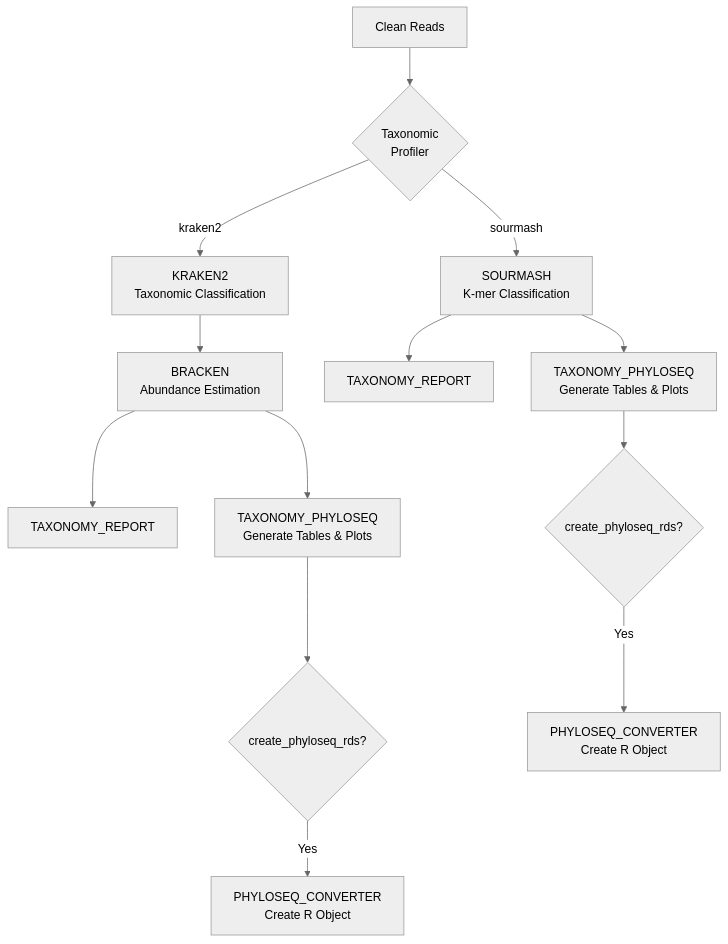
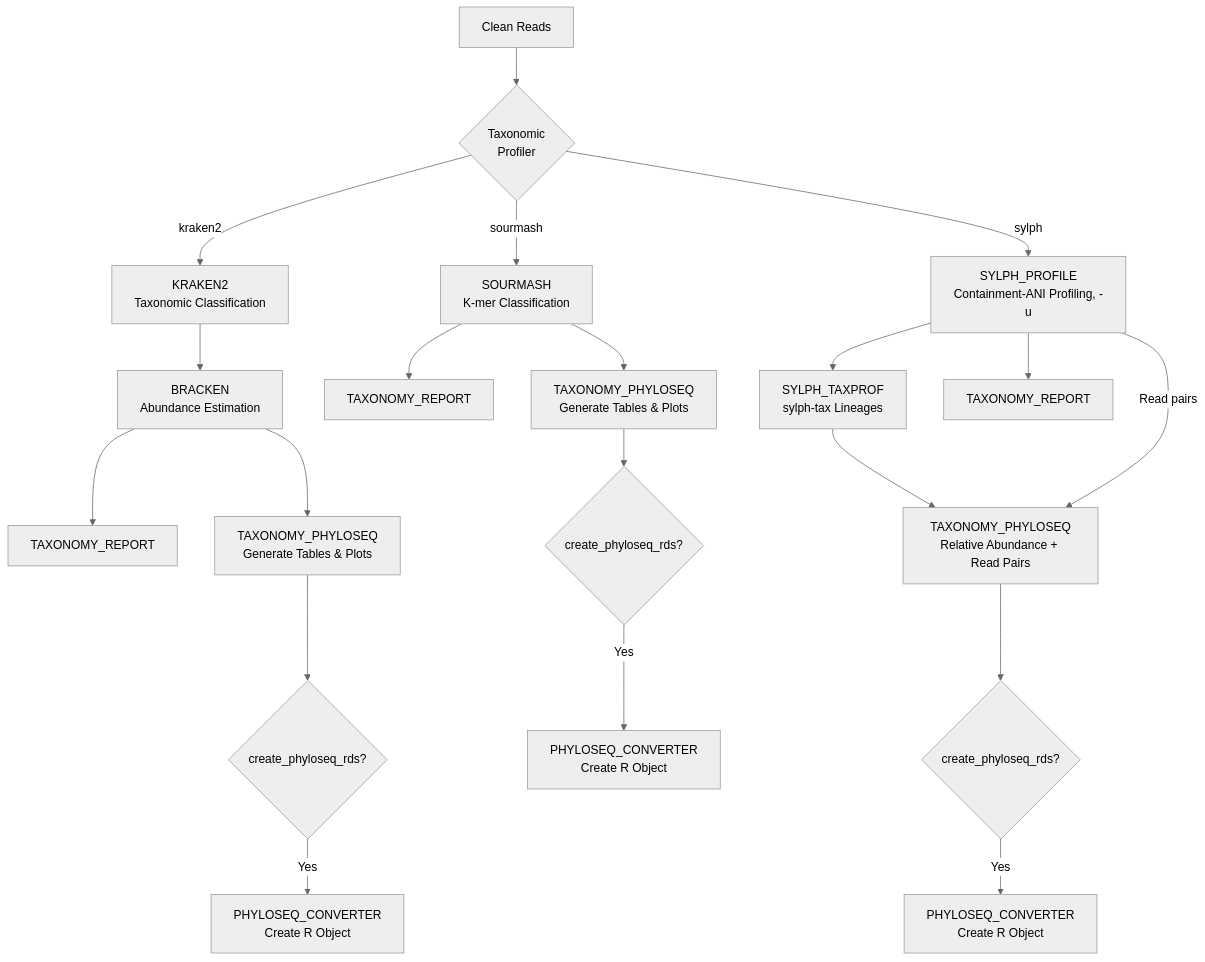
Before and after one commit to gene2dis/BugBuster: the fifth of 8 diagrams in docs/WORKFLOW_DIAGRAM.md, drawn with Mermaid (neutral theme). The commit also changed other lines of this file and 46 other files, not shown here.

````diff
--- a/docs/WORKFLOW_DIAGRAM.md
+++ b/docs/WORKFLOW_DIAGRAM.md
@@ -169,17 +172,25 @@
 ```mermaid
 flowchart TD
     Reads[Clean Reads] --> Profiler{Taxonomic<br/>Profiler}
     
     Profiler -->|kraken2| Kraken2[KRAKEN2<br/>Taxonomic Classification]
     Kraken2 --> Bracken[BRACKEN<br/>Abundance Estimation]
     Bracken --> TaxReport1[TAXONOMY_REPORT]
     Bracken --> TaxPhylo1[TAXONOMY_PHYLOSEQ<br/>Generate Tables & Plots]
     TaxPhylo1 --> PhyloOpt1{create_phyloseq_rds?}
     PhyloOpt1 -->|Yes| PhyloConv1[PHYLOSEQ_CONVERTER<br/>Create R Object]
     
     Profiler -->|sourmash| Sourmash[SOURMASH<br/>K-mer Classification]
     Sourmash --> TaxReport2[TAXONOMY_REPORT]
     Sourmash --> TaxPhylo2[TAXONOMY_PHYLOSEQ<br/>Generate Tables & Plots]
     TaxPhylo2 --> PhyloOpt2{create_phyloseq_rds?}
     PhyloOpt2 -->|Yes| PhyloConv2[PHYLOSEQ_CONVERTER<br/>Create R Object]
+
+    Profiler -->|sylph| SylphProf[SYLPH_PROFILE<br/>Containment-ANI Profiling, -u]
+    SylphProf --> SylphTaxprof[SYLPH_TAXPROF<br/>sylph-tax Lineages]
+    SylphProf --> TaxReport3[TAXONOMY_REPORT]
+    SylphTaxprof --> TaxPhylo3[TAXONOMY_PHYLOSEQ<br/>Relative Abundance + Read Pairs]
+    SylphProf -->|Read pairs| TaxPhylo3
+    TaxPhylo3 --> PhyloOpt3{create_phyloseq_rds?}
+    PhyloOpt3 -->|Yes| PhyloConv3[PHYLOSEQ_CONVERTER<br/>Create R Object]
 ```
````
